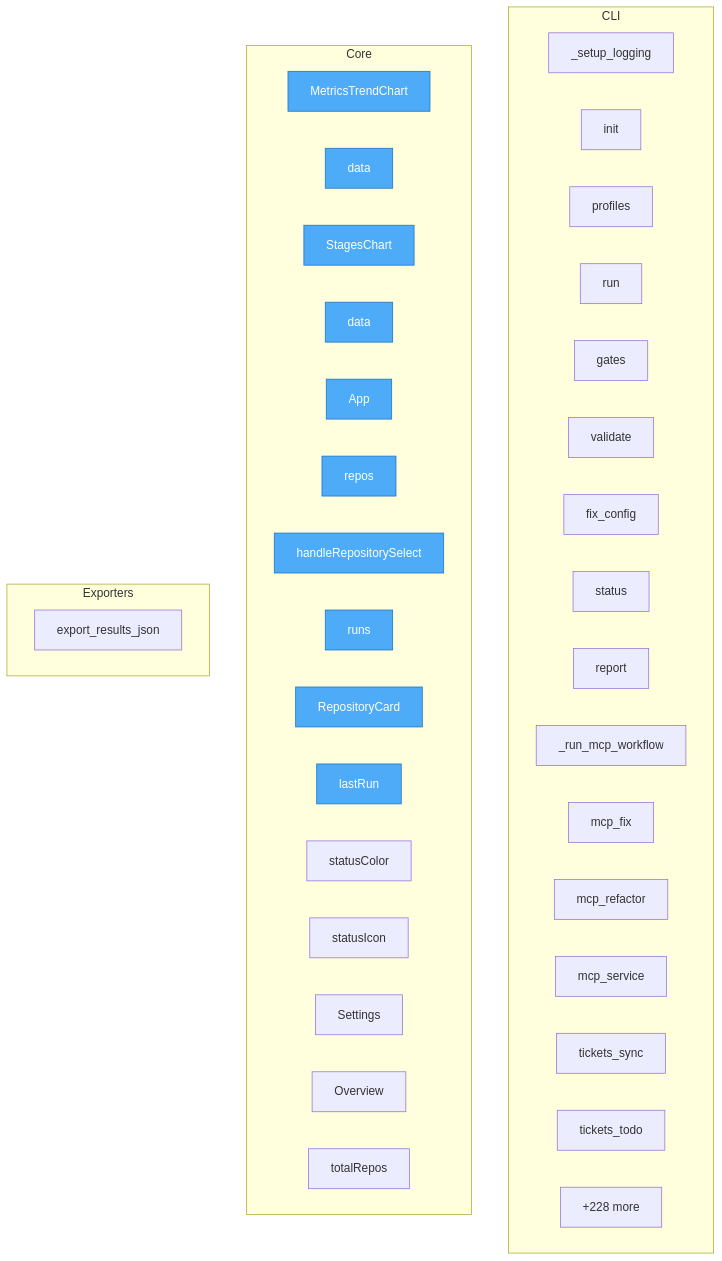
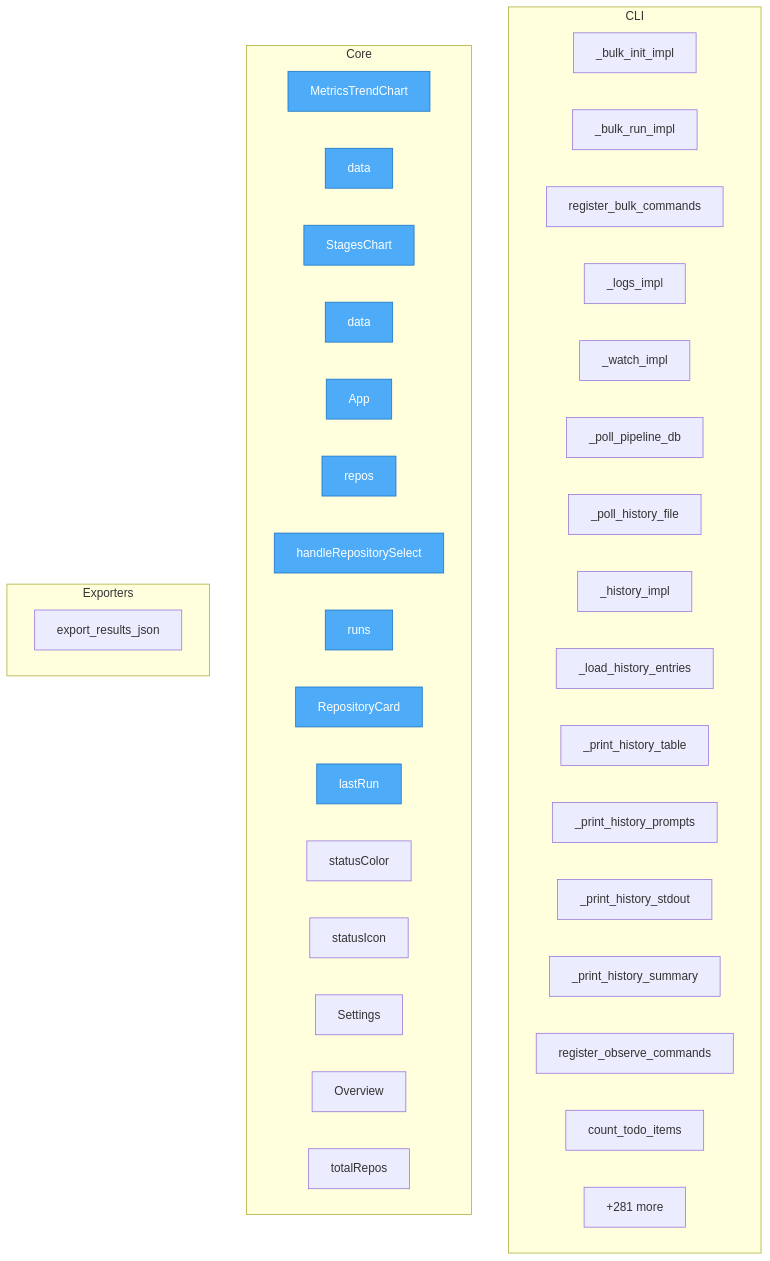
One commit to semcod/pyqual changed the diagram in project/flow.mmd. Above: the diagram before and after it, drawn with Mermaid. The commit also changed 50 other files, not shown here.

```diff
--- a/project/flow.mmd
+++ b/project/flow.mmd
@@ -1,48 +1,48 @@
 flowchart TD
 
     %% Entry points (blue)
     classDef entry fill:#4dabf7,stroke:#1971c2,color:#fff
 
     subgraph CLI
-        pyqual__cli___setup_logging["_setup_logging"]
-        pyqual__cli__init["init"]
-        pyqual__cli__profiles["profiles"]
-        pyqual__cli__run["run"]
-        pyqual__cli__gates["gates"]
-        pyqual__cli__validate["validate"]
-        pyqual__cli__fix_config["fix_config"]
-        pyqual__cli__status["status"]
-        pyqual__cli__report["report"]
-        pyqual__cli___run_mcp_workflow["_run_mcp_workflow"]
-        pyqual__cli__mcp_fix["mcp_fix"]
-        pyqual__cli__mcp_refactor["mcp_refactor"]
-        pyqual__cli__mcp_service["mcp_service"]
-        pyqual__cli__tickets_sync["tickets_sync"]
-        pyqual__cli__tickets_todo["tickets_todo"]
-        ...["+44 more"]
+        pyqual__cli_bulk_cmds___bulk_init_impl["_bulk_init_impl"]
+        pyqual__cli_bulk_cmds___bulk_run_impl["_bulk_run_impl"]
+        pyqual__cli_bulk_cmds__register_bulk_commands["register_bulk_commands"]
+        pyqual__cli_observe___logs_impl["_logs_impl"]
+        pyqual__cli_observe___watch_impl["_watch_impl"]
+        pyqual__cli_observe___poll_pipeline_db["_poll_pipeline_db"]
+        pyqual__cli_observe___poll_history_file["_poll_history_file"]
+        pyqual__cli_observe___history_impl["_history_impl"]
+        pyqual__cli_observe___load_history_entries["_load_history_entries"]
+        pyqual__cli_observe___print_history_table["_print_history_table"]
+        pyqual__cli_observe___print_history_prompts["_print_history_prompts"]
+        pyqual__cli_observe___print_history_stdout["_print_history_stdout"]
+        pyqual__cli_observe___print_history_summary["_print_history_summary"]
+        pyqual__cli_observe__register_observe_commands["register_observe_commands"]
+        pyqual__cli_run_helpers__count_todo_items["count_todo_items"]
+        ...["+57 more"]
     end
 
     subgraph Core
         dashboard__src__components__MetricsTrendChart__MetricsTrendChart["MetricsTrendChart"]
         dashboard__src__components__MetricsTrendChart__data["data"]
         dashboard__src__components__StagesChart__StagesChart["StagesChart"]
         dashboard__src__components__StagesChart__data["data"]
         dashboard__src__App__App["App"]
         dashboard__src__App__repos["repos"]
         dashboard__src__App__handleRepositorySelect["handleRepositorySelect"]
         dashboard__src__App__runs["runs"]
         dashboard__src__App__RepositoryCard["RepositoryCard"]
         dashboard__src__App__lastRun["lastRun"]
         dashboard__src__App__statusColor["statusColor"]
         dashboard__src__App__statusIcon["statusIcon"]
         dashboard__src__components__Settings__Settings["Settings"]
         dashboard__src__components__Overview__Overview["Overview"]
         dashboard__src__components__Overview__totalRepos["totalRepos"]
-        ...["+228 more"]
+        ...["+281 more"]
     end
 
     subgraph Exporters
         pyqual__api__export_results_json["export_results_json"]
     end
 
     class dashboard__src__components__MetricsTrendChart__MetricsTrendChart,dashboard__src__components__MetricsTrendChart__data,dashboard__src__components__StagesChart__StagesChart,dashboard__src__components__StagesChart__data,dashboard__src__App__App,dashboard__src__App__repos,dashboard__src__App__handleRepositorySelect,dashboard__src__App__runs,dashboard__src__App__RepositoryCard,dashboard__src__App__lastRun entry
```
